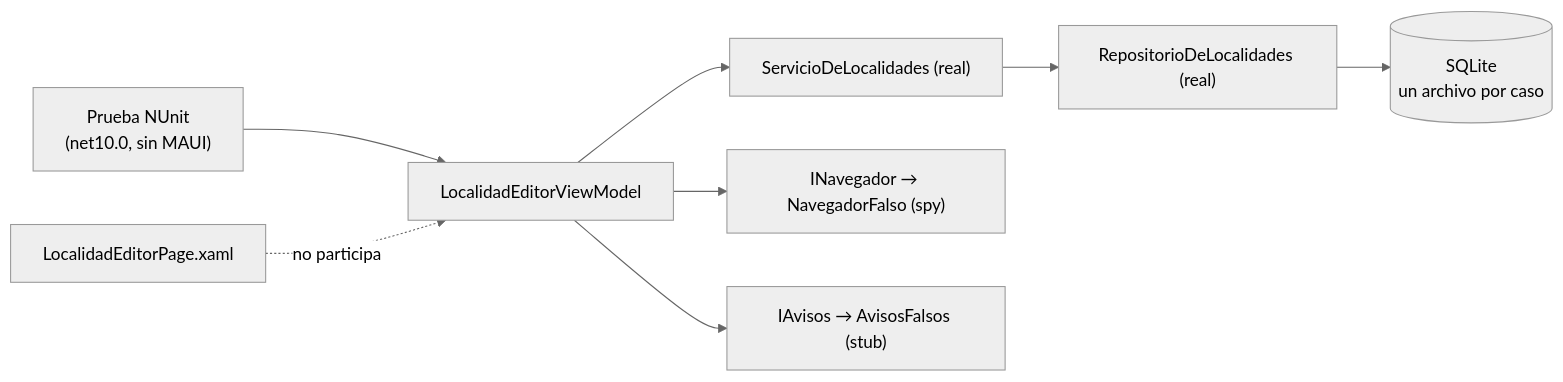
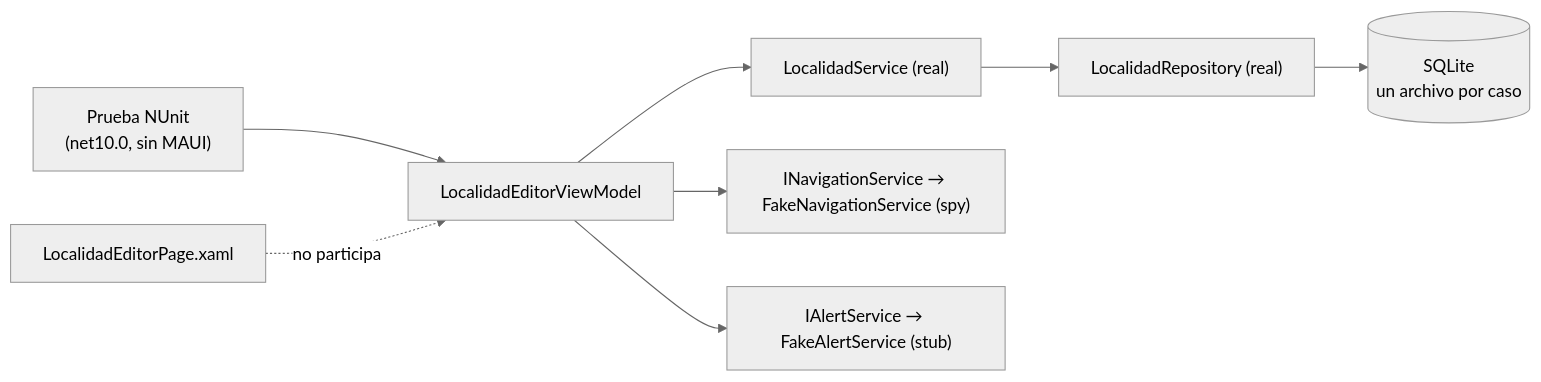
One commit to hdcm-dev/Lab-E2E.WebBlazor.Documentacion changed the diagram in Guides/Test-Guide/Pruebas-Unitarias-Y-Arquitectura.md. Above: the diagram before and after it, drawn with Mermaid (neutral theme). The commit also changed other lines of this file and 17 other files, not shown here.

````diff
--- a/Guides/Test-Guide/Pruebas-Unitarias-Y-Arquitectura.md
+++ b/Guides/Test-Guide/Pruebas-Unitarias-Y-Arquitectura.md
@@ -306,10 +306,10 @@
 ```mermaid
 flowchart LR
     T["Prueba NUnit<br/>(net10.0, sin MAUI)"] --> VM["LocalidadEditorViewModel"]
-    VM --> S["ServicioDeLocalidades (real)"]
-    S --> R["RepositorioDeLocalidades (real)"]
+    VM --> S["LocalidadService (real)"]
+    S --> R["LocalidadRepository (real)"]
     R --> DB[("SQLite<br/>un archivo por caso")]
-    VM --> N["INavegador → NavegadorFalso (spy)"]
-    VM --> A["IAvisos → AvisosFalsos (stub)"]
+    VM --> N["INavigationService → FakeNavigationService (spy)"]
+    VM --> A["IAlertService → FakeAlertService (stub)"]
     X["LocalidadEditorPage.xaml"] -. "no participa" .-> VM
 ```
````
